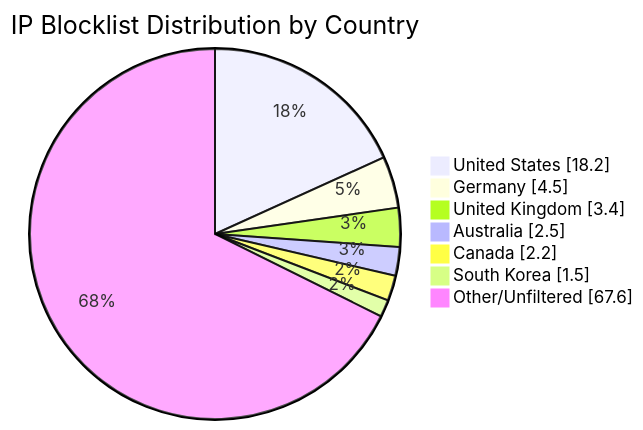
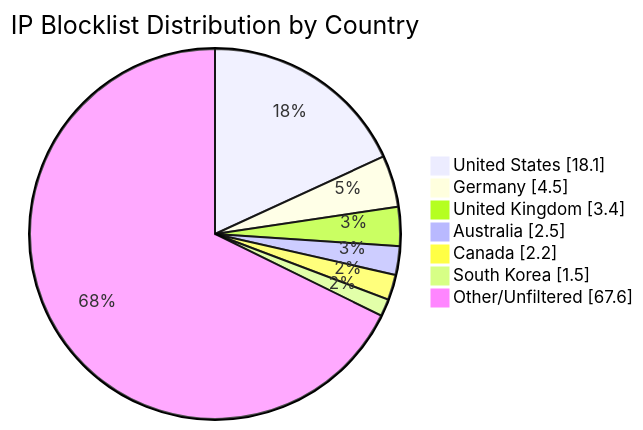
The diagram in README.md (MarcusHoltz/ipblocklist-geofiltered-aggregator), drawn with Mermaid before and after one commit. The commit also changed other lines of this file and 9 other files, not shown here.

````diff
--- a/README.md
+++ b/README.md
@@ -34,10 +34,10 @@
 ```mermaid
 pie showData title IP Blocklist Distribution by Country
-"United States" : 18.2
+"United States" : 18.1
 "Germany" : 4.5
 "United Kingdom" : 3.4
 "Australia" : 2.5
 "Canada" : 2.2
 "South Korea" : 1.5
 "Other/Unfiltered" : 67.6
 ```
````
